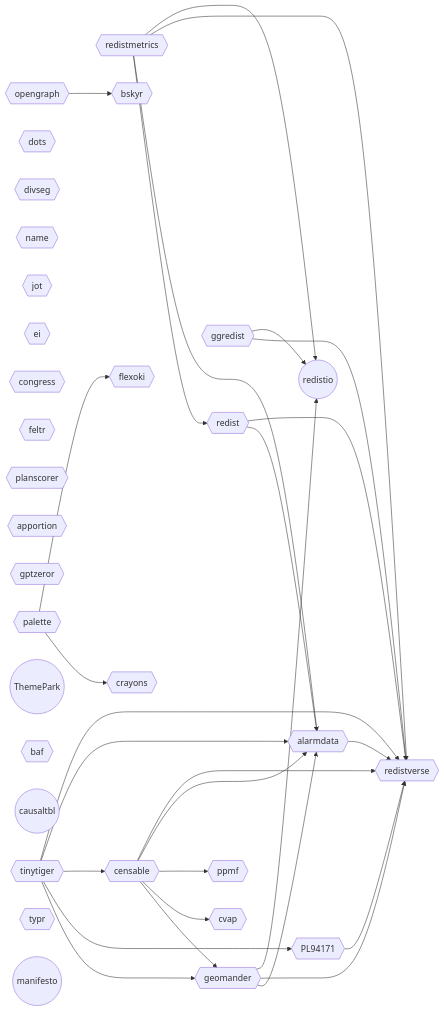
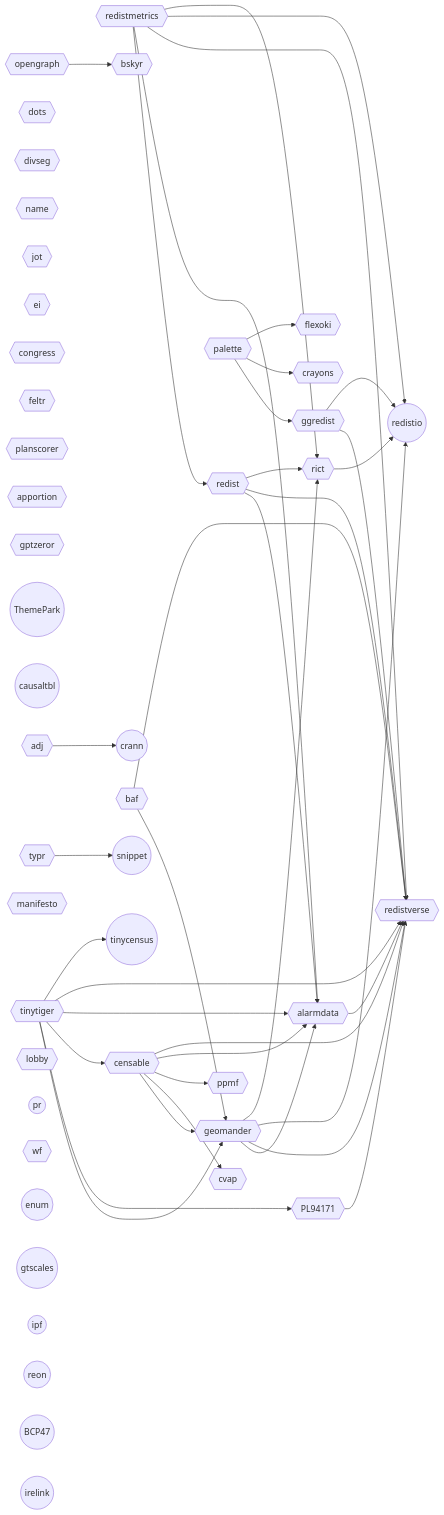
The diagram in package-relationships.qmd (christopherkenny/christopherkenny.github.io), drawn with Mermaid before and after one commit. The commit also changed other lines of this file and 3 other files, not shown here.

Commit message:
update pkg relationship graph

````diff
--- a/package-relationships.qmd
+++ b/package-relationships.qmd
@@ -97,8 +109,23 @@
   opengraph{{opengraph}}
   flexoki{{flexoki}}
   typr{{typr}}
-  manifesto((manifesto))
+  manifesto{{manifesto}}
+  adj{{adj}}
+  lobby{{lobby}}
+  pr((pr))
+  rict{{rict}}
+  wf{{wf}}
+  crann((crann))
+  enum((enum))
+  gtscales((gtscales))
+  ipf((ipf))
+  reon((reon))
+  snippet((snippet))
+  BCP47((BCP47))
+  tinycensus((tinycensus))
+  irelink((irelink))
   redistmetrics --> redist
+  baf --> geomander
   censable --> geomander
   tinytiger --> geomander
   tinytiger --> PL94171
@@ -110,6 +137,7 @@
   redist --> alarmdata
   redistmetrics --> alarmdata
   tinytiger --> alarmdata
+  palette --> ggredist
   redist --> redistverse
   redistmetrics --> redistverse
   geomander --> redistverse
@@ -118,10 +146,18 @@
   tinytiger --> redistverse
   PL94171 --> redistverse
   alarmdata --> redistverse
+  baf --> redistverse
   palette --> crayons
   opengraph --> bskyr
   geomander --> redistio
   ggredist --> redistio
   redistmetrics --> redistio
+  rict --> redistio
   palette --> flexoki
+  geomander --> rict
+  redist --> rict
+  redistmetrics --> rict
+  adj --> crann
+  typr --> snippet
+  tinytiger --> tinycensus
 ```
````
